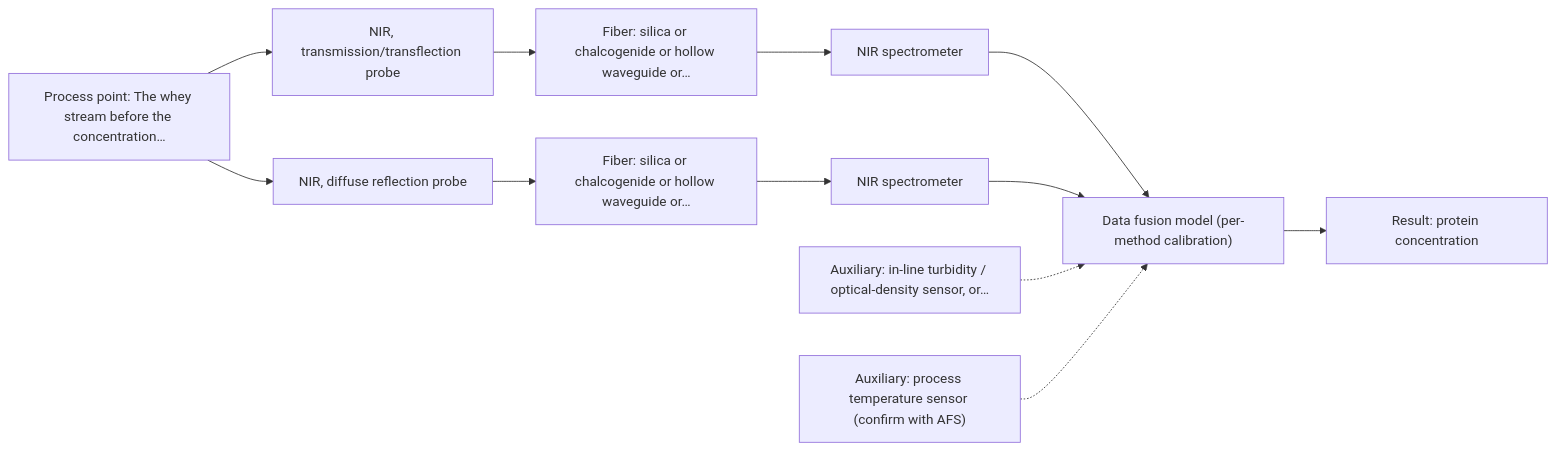
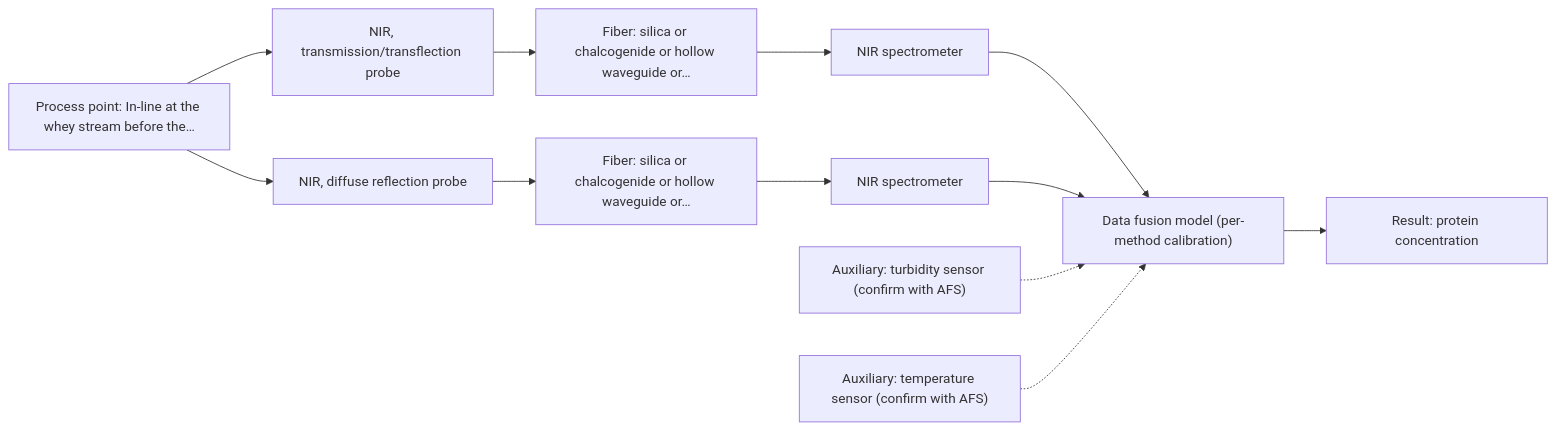
One commit to sleipnir029/Afs-Spectroscopy-Assistant changed the first of 2 diagrams in outputs/dev/D03.md. Above: the diagram before and after it, drawn with Mermaid. The commit also changed other lines of this file and 18 other files, not shown here.

````diff
--- a/outputs/dev/D03.md
+++ b/outputs/dev/D03.md
@@ -44,25 +36,25 @@
 ```mermaid
 flowchart LR
-    proc["Process point: The whey stream before the concentration…"]
+    proc["Process point: In-line at the whey stream before the…"]
     probe1["NIR, transmission/transflection probe"]
     fiber1["Fiber: silica or chalcogenide or hollow waveguide or…"]
     spec1["NIR spectrometer"]
     probe2["NIR, diffuse reflection probe"]
     fiber2["Fiber: silica or chalcogenide or hollow waveguide or…"]
     spec2["NIR spectrometer"]
     model["Data fusion model (per-method calibration)"]
     result["Result: protein concentration"]
-    aux1["Auxiliary: in-line turbidity / optical-density sensor, or…"]
-    aux2["Auxiliary: process temperature sensor (confirm with AFS)"]
+    aux1["Auxiliary: turbidity sensor (confirm with AFS)"]
+    aux2["Auxiliary: temperature sensor (confirm with AFS)"]
     proc --> probe1
     probe1 --> fiber1
     fiber1 --> spec1
     spec1 --> model
     proc --> probe2
     probe2 --> fiber2
     fiber2 --> spec2
     spec2 --> model
     model --> result
     aux1 -.-> model
     aux2 -.-> model
 ```
````
